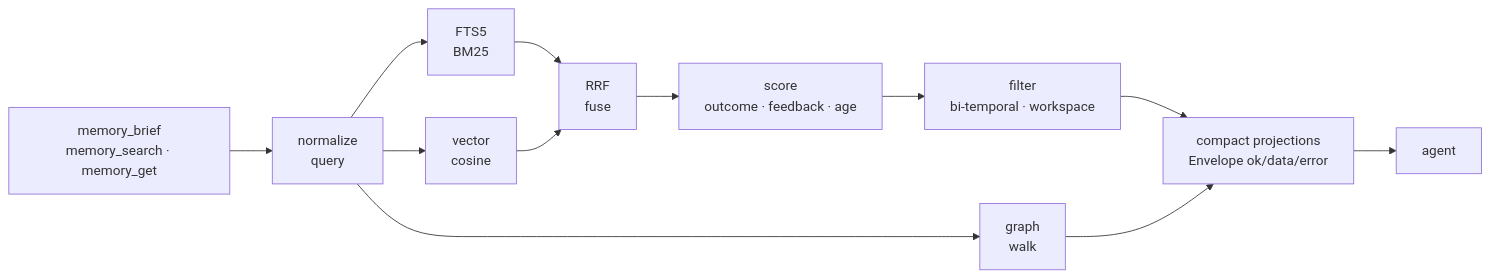
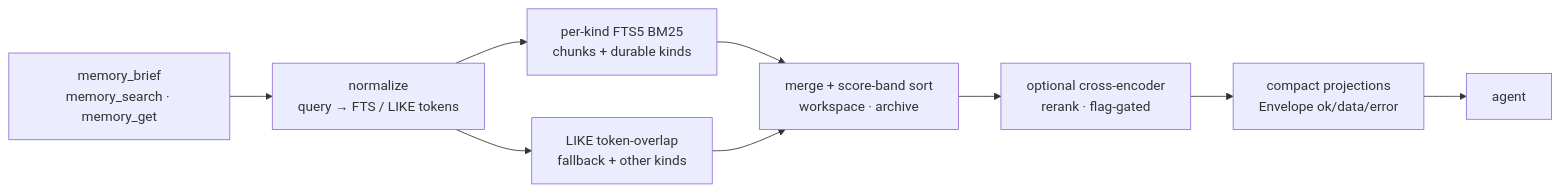
Before and after one commit to FrostieM/agentMemory: the second of 3 diagrams in README.md, drawn with Mermaid. The commit also changed 21 other files, not shown here.

````diff
--- a/README.md
+++ b/README.md
@@ -55,14 +55,11 @@
 ```mermaid
 flowchart LR
-    Q["memory_brief<br/>memory_search · memory_get"] --> NORM["normalize<br/>query"]
-    NORM --> FTS["FTS5<br/>BM25"]
-    NORM --> VEC["vector<br/>cosine"]
-    NORM --> GRAPH["graph<br/>walk"]
-    FTS --> RRF["RRF<br/>fuse"]
-    VEC --> RRF
-    RRF --> SCORE["score<br/>outcome · feedback · age"]
-    SCORE --> FILTER["filter<br/>bi-temporal · workspace"]
-    FILTER --> ENV["compact projections<br/>Envelope ok/data/error"]
-    GRAPH --> ENV
+    Q["memory_brief<br/>memory_search · memory_get"] --> NORM["normalize<br/>query → FTS / LIKE tokens"]
+    NORM --> FTS["per-kind FTS5 BM25<br/>chunks + durable kinds"]
+    NORM --> LIKE["LIKE token-overlap<br/>fallback + other kinds"]
+    FTS --> MERGE["merge + score-band sort<br/>workspace · archive"]
+    LIKE --> MERGE
+    MERGE --> RERANK["optional cross-encoder<br/>rerank · flag-gated"]
+    RERANK --> ENV["compact projections<br/>Envelope ok/data/error"]
     ENV --> AGENT["agent"]
 ```
````
